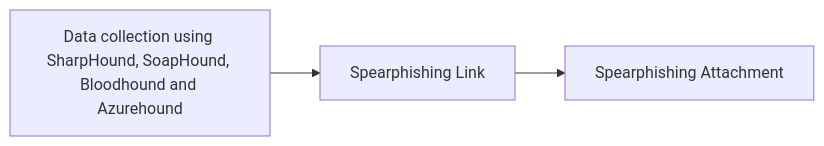
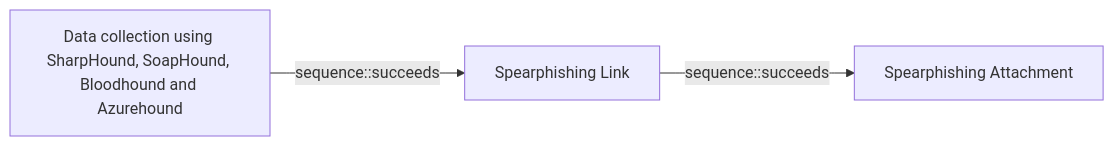
Before and after one commit to opentidehq/library: the diagram in docs/threats/data-collection-using-sharphound-soaphound-bloodhound-and-azurehound.md, drawn with Mermaid. The commit also changed other lines of this file and 277 other files, not shown here.

````diff
--- a/docs/threats/data-collection-using-sharphound-soaphound-bloodhound-and-azurehound.md
+++ b/docs/threats/data-collection-using-sharphound-soaphound-bloodhound-and-azurehound.md
@@ -106,8 +147,8 @@
 ```mermaid
 flowchart LR
 53063205_4404_4e6d_a2f5_d566c6085d96["Data collection using SharpHound, SoapHound, Bloodhound and Azurehound"]
 1a68b5eb_0112_424d_a21f_88dda0b6b8df["Spearphishing Link"]
 dd5d942c_bac4_4000_b9a6_ca4fef6cfb84["Spearphishing Attachment"]
-53063205_4404_4e6d_a2f5_d566c6085d96 --> 1a68b5eb_0112_424d_a21f_88dda0b6b8df
-1a68b5eb_0112_424d_a21f_88dda0b6b8df --> dd5d942c_bac4_4000_b9a6_ca4fef6cfb84
+53063205_4404_4e6d_a2f5_d566c6085d96 -->|sequence::succeeds| 1a68b5eb_0112_424d_a21f_88dda0b6b8df
+1a68b5eb_0112_424d_a21f_88dda0b6b8df -->|sequence::succeeds| dd5d942c_bac4_4000_b9a6_ca4fef6cfb84
 ```
````
